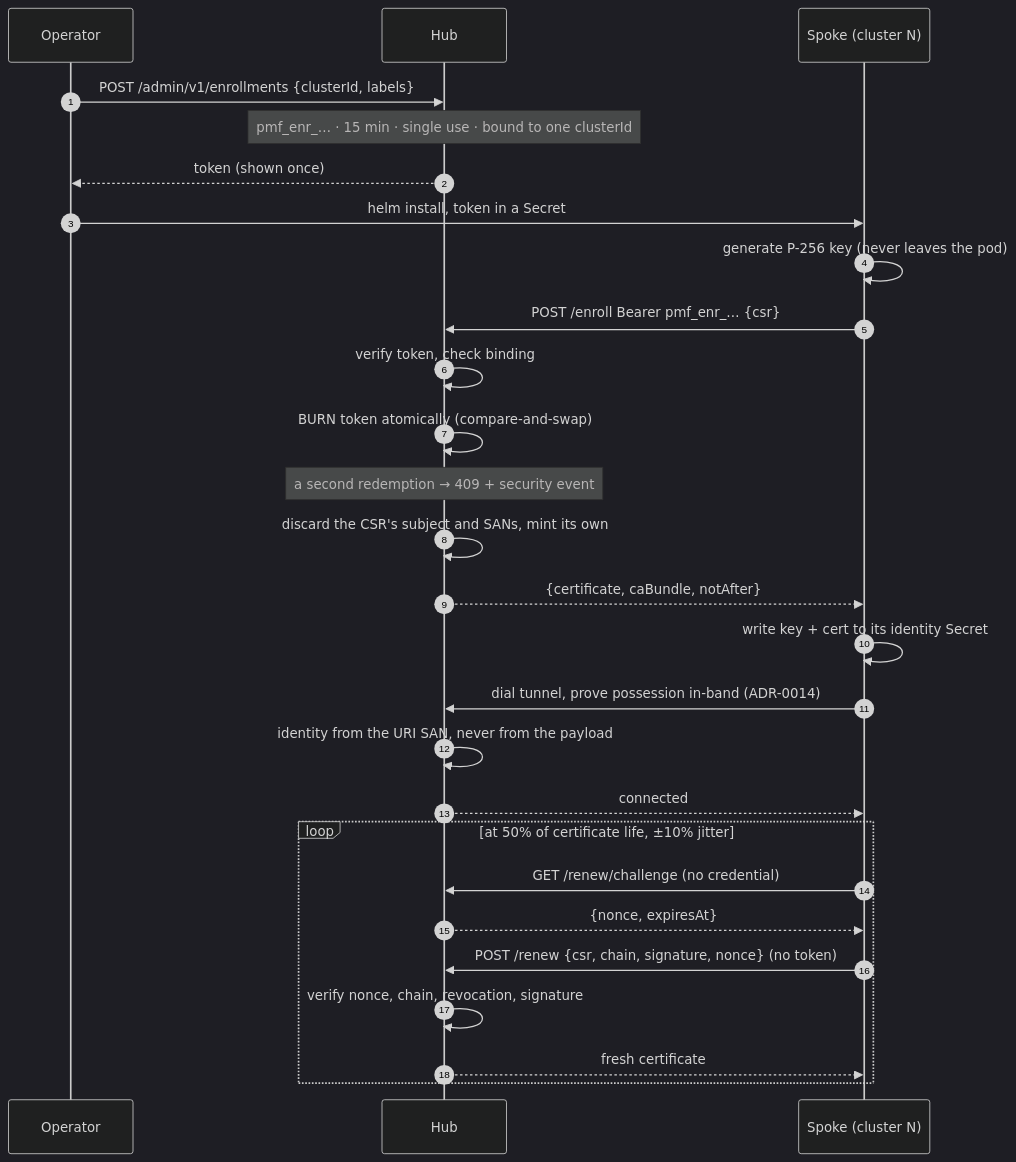
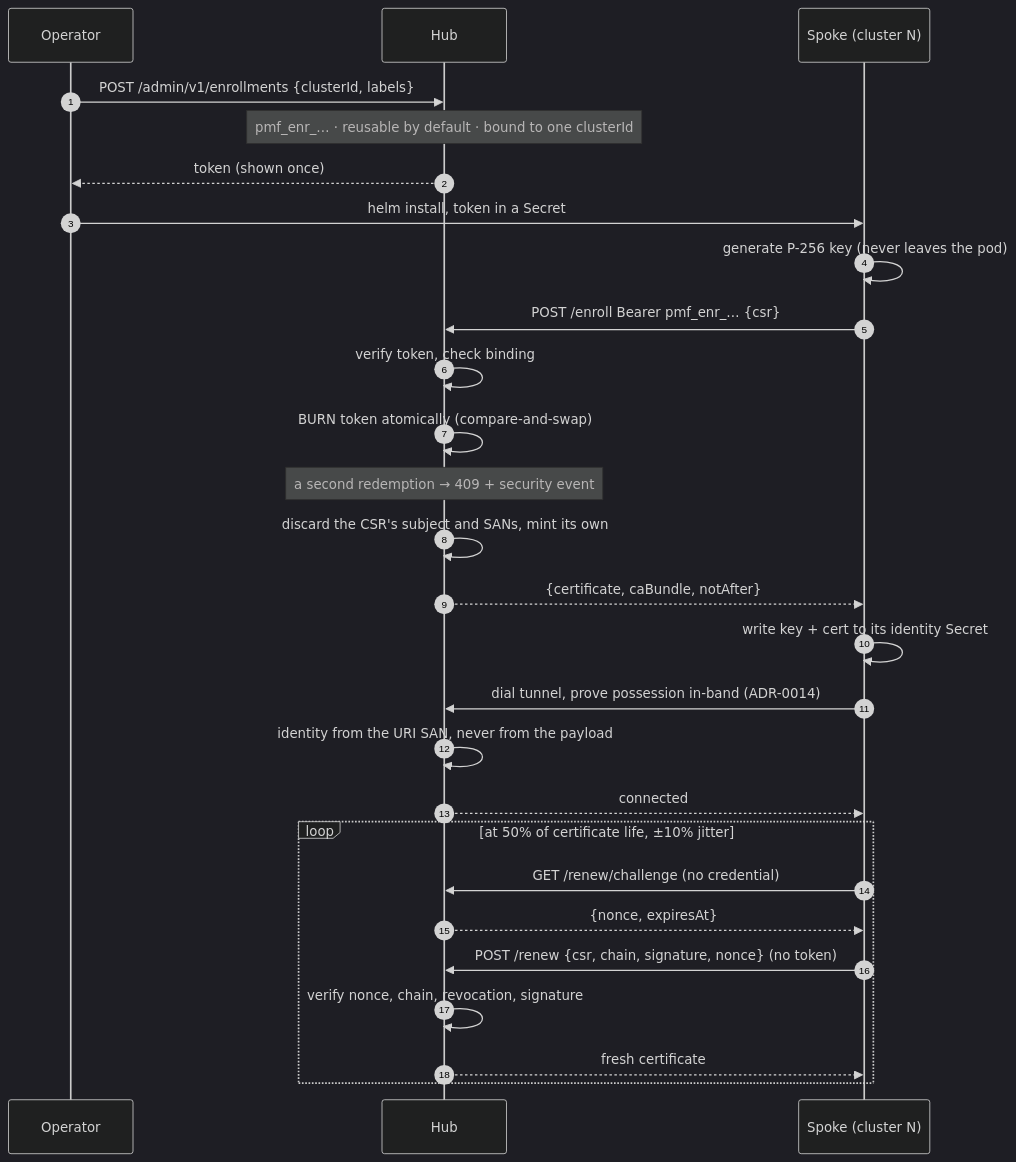
Before and after one commit to jacoknapp/prometheus-mcp-fleet: the diagram in docs/spoke-enrollment.md, drawn with Mermaid (dark theme). The commit also changed other lines of this file and 42 other files, not shown here.

````diff
--- a/docs/spoke-enrollment.md
+++ b/docs/spoke-enrollment.md
@@ -29,33 +29,33 @@
 ```mermaid
 sequenceDiagram
     autonumber
     participant Op as Operator
     participant Hub
     participant Spoke as Spoke (cluster N)
 
     Op->>Hub: POST /admin/v1/enrollments {clusterId, labels}
-    Note over Hub: pmf_enr_… · 15 min · single use · bound to one clusterId
+    Note over Hub: pmf_enr_… · reusable by default · bound to one clusterId
     Hub-->>Op: token (shown once)
     Op->>Spoke: helm install, token in a Secret
 
     Spoke->>Spoke: generate P-256 key (never leaves the pod)
     Spoke->>Hub: POST /enroll  Bearer pmf_enr_…  {csr}
     Hub->>Hub: verify token, check binding
     Hub->>Hub: BURN token atomically (compare-and-swap)
     Note over Hub: a second redemption → 409 + security event
     Hub->>Hub: discard the CSR's subject and SANs, mint its own
     Hub-->>Spoke: {certificate, caBundle, notAfter}
     Spoke->>Spoke: write key + cert to its identity Secret
 
     Spoke->>Hub: dial tunnel, prove possession in-band (ADR-0014)
     Hub->>Hub: identity from the URI SAN, never from the payload
     Hub-->>Spoke: connected
 
     loop at 50% of certificate life, ±10% jitter
         Spoke->>Hub: GET /renew/challenge (no credential)
         Hub-->>Spoke: {nonce, expiresAt}
         Spoke->>Hub: POST /renew {csr, chain, signature, nonce} (no token)
         Hub->>Hub: verify nonce, chain, revocation, signature
         Hub-->>Spoke: fresh certificate
     end
 ```
````
